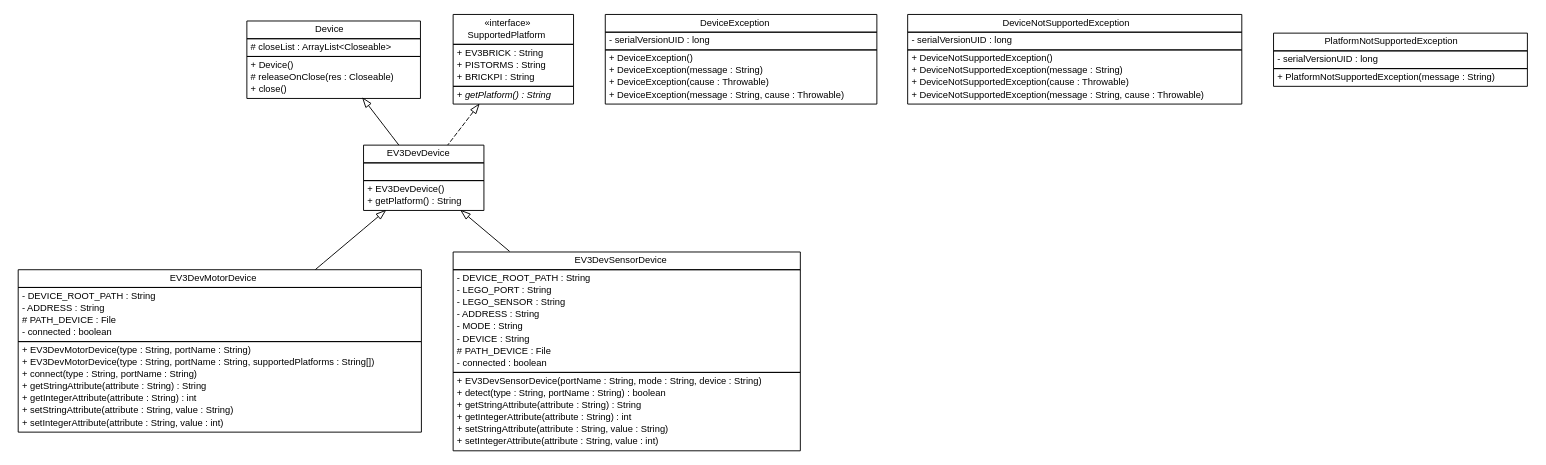
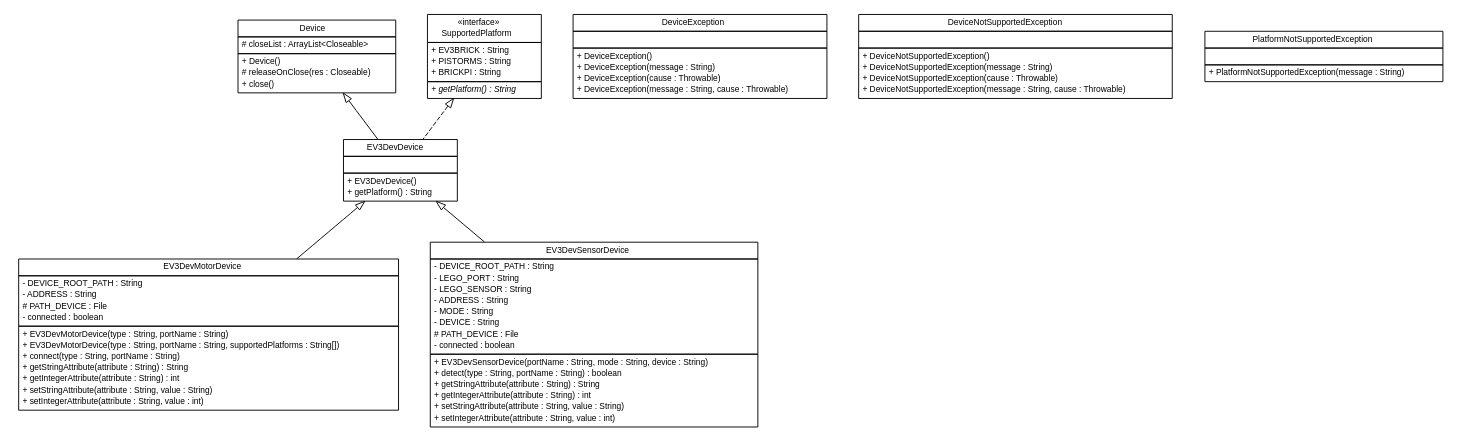
One commit to ev3dev-lang-java/ev3dev-lang-java changed the diagram in docs/api/ev3dev/hardware/ev3dev.hardware.dot. Above: the diagram before and after it, drawn with Graphviz. The commit also changed 413 other files, not shown here.

```diff
--- a/docs/api/ev3dev/hardware/ev3dev.hardware.dot
+++ b/docs/api/ev3dev/hardware/ev3dev.hardware.dot
@@ -1,149 +1,149 @@
 #!/usr/local/bin/dot
 #
 # Class diagram 
 # Generated by UMLGraph version R5_6-24-gf6e263 (http://www.umlgraph.org/)
 #
 
 digraph G {
 	edge [fontname="Helvetica",fontsize=10,labelfontname="Helvetica",labelfontsize=10];
 	node [fontname="Helvetica",fontsize=10,shape=plaintext];
 	nodesep=0.25;
 	ranksep=0.5;
 	// ev3dev.hardware.Device
 	c0 [label=<<table title="ev3dev.hardware.Device" border="0" cellborder="1" cellspacing="0" cellpadding="2" port="p" href="./Device.html">
 		<tr><td><table border="0" cellspacing="0" cellpadding="1">
 <tr><td align="center" balign="center"> Device </td></tr>
 		</table></td></tr>
 		<tr><td><table border="0" cellspacing="0" cellpadding="1">
 <tr><td align="left" balign="left"> # closeList : ArrayList&lt;Closeable&gt; </td></tr>
 		</table></td></tr>
 		<tr><td><table border="0" cellspacing="0" cellpadding="1">
 <tr><td align="left" balign="left"> + Device() </td></tr>
 <tr><td align="left" balign="left"> # releaseOnClose(res : Closeable) </td></tr>
 <tr><td align="left" balign="left"> + close() </td></tr>
 		</table></td></tr>
-		</table>>, URL="./Device.html", fontname="Helvetica", fontcolor="black", fontsize=10.0];
+		</table>>, URL="./Device.html", fontname="Helvetica", fontcolor="black", fontsize=9.0];
 	// ev3dev.hardware.DeviceException
 	c1 [label=<<table title="ev3dev.hardware.DeviceException" border="0" cellborder="1" cellspacing="0" cellpadding="2" port="p" href="./DeviceException.html">
 		<tr><td><table border="0" cellspacing="0" cellpadding="1">
 <tr><td align="center" balign="center"> DeviceException </td></tr>
 		</table></td></tr>
 		<tr><td><table border="0" cellspacing="0" cellpadding="1">
-<tr><td align="left" balign="left"> - serialVersionUID : long </td></tr>
+<tr><td align="left" balign="left">  </td></tr>
 		</table></td></tr>
 		<tr><td><table border="0" cellspacing="0" cellpadding="1">
 <tr><td align="left" balign="left"> + DeviceException() </td></tr>
 <tr><td align="left" balign="left"> + DeviceException(message : String) </td></tr>
 <tr><td align="left" balign="left"> + DeviceException(cause : Throwable) </td></tr>
 <tr><td align="left" balign="left"> + DeviceException(message : String, cause : Throwable) </td></tr>
 		</table></td></tr>
-		</table>>, URL="./DeviceException.html", fontname="Helvetica", fontcolor="black", fontsize=10.0];
+		</table>>, URL="./DeviceException.html", fontname="Helvetica", fontcolor="black", fontsize=9.0];
 	// ev3dev.hardware.DeviceNotSupportedException
 	c2 [label=<<table title="ev3dev.hardware.DeviceNotSupportedException" border="0" cellborder="1" cellspacing="0" cellpadding="2" port="p" href="./DeviceNotSupportedException.html">
 		<tr><td><table border="0" cellspacing="0" cellpadding="1">
 <tr><td align="center" balign="center"> DeviceNotSupportedException </td></tr>
 		</table></td></tr>
 		<tr><td><table border="0" cellspacing="0" cellpadding="1">
-<tr><td align="left" balign="left"> - serialVersionUID : long </td></tr>
+<tr><td align="left" balign="left">  </td></tr>
 		</table></td></tr>
 		<tr><td><table border="0" cellspacing="0" cellpadding="1">
 <tr><td align="left" balign="left"> + DeviceNotSupportedException() </td></tr>
 <tr><td align="left" balign="left"> + DeviceNotSupportedException(message : String) </td></tr>
 <tr><td align="left" balign="left"> + DeviceNotSupportedException(cause : Throwable) </td></tr>
 <tr><td align="left" balign="left"> + DeviceNotSupportedException(message : String, cause : Throwable) </td></tr>
 		</table></td></tr>
-		</table>>, URL="./DeviceNotSupportedException.html", fontname="Helvetica", fontcolor="black", fontsize=10.0];
+		</table>>, URL="./DeviceNotSupportedException.html", fontname="Helvetica", fontcolor="black", fontsize=9.0];
 	// ev3dev.hardware.EV3DevDevice
 	c3 [label=<<table title="ev3dev.hardware.EV3DevDevice" border="0" cellborder="1" cellspacing="0" cellpadding="2" port="p" href="./EV3DevDevice.html">
 		<tr><td><table border="0" cellspacing="0" cellpadding="1">
 <tr><td align="center" balign="center"> EV3DevDevice </td></tr>
 		</table></td></tr>
 		<tr><td><table border="0" cellspacing="0" cellpadding="1">
 <tr><td align="left" balign="left">  </td></tr>
 		</table></td></tr>
 		<tr><td><table border="0" cellspacing="0" cellpadding="1">
 <tr><td align="left" balign="left"> + EV3DevDevice() </td></tr>
 <tr><td align="left" balign="left"> + getPlatform() : String </td></tr>
 		</table></td></tr>
-		</table>>, URL="./EV3DevDevice.html", fontname="Helvetica", fontcolor="black", fontsize=10.0];
+		</table>>, URL="./EV3DevDevice.html", fontname="Helvetica", fontcolor="black", fontsize=9.0];
 	// ev3dev.hardware.EV3DevMotorDevice
 	c4 [label=<<table title="ev3dev.hardware.EV3DevMotorDevice" border="0" cellborder="1" cellspacing="0" cellpadding="2" port="p" href="./EV3DevMotorDevice.html">
 		<tr><td><table border="0" cellspacing="0" cellpadding="1">
 <tr><td align="center" balign="center"> EV3DevMotorDevice </td></tr>
 		</table></td></tr>
 		<tr><td><table border="0" cellspacing="0" cellpadding="1">
 <tr><td align="left" balign="left"> - DEVICE_ROOT_PATH : String </td></tr>
 <tr><td align="left" balign="left"> - ADDRESS : String </td></tr>
 <tr><td align="left" balign="left"> # PATH_DEVICE : File </td></tr>
 <tr><td align="left" balign="left"> - connected : boolean </td></tr>
 		</table></td></tr>
 		<tr><td><table border="0" cellspacing="0" cellpadding="1">
 <tr><td align="left" balign="left"> + EV3DevMotorDevice(type : String, portName : String) </td></tr>
 <tr><td align="left" balign="left"> + EV3DevMotorDevice(type : String, portName : String, supportedPlatforms : String[]) </td></tr>
 <tr><td align="left" balign="left"> + connect(type : String, portName : String) </td></tr>
 <tr><td align="left" balign="left"> + getStringAttribute(attribute : String) : String </td></tr>
 <tr><td align="left" balign="left"> + getIntegerAttribute(attribute : String) : int </td></tr>
 <tr><td align="left" balign="left"> + setStringAttribute(attribute : String, value : String) </td></tr>
 <tr><td align="left" balign="left"> + setIntegerAttribute(attribute : String, value : int) </td></tr>
 		</table></td></tr>
-		</table>>, URL="./EV3DevMotorDevice.html", fontname="Helvetica", fontcolor="black", fontsize=10.0];
+		</table>>, URL="./EV3DevMotorDevice.html", fontname="Helvetica", fontcolor="black", fontsize=9.0];
 	// ev3dev.hardware.EV3DevSensorDevice
 	c5 [label=<<table title="ev3dev.hardware.EV3DevSensorDevice" border="0" cellborder="1" cellspacing="0" cellpadding="2" port="p" href="./EV3DevSensorDevice.html">
 		<tr><td><table border="0" cellspacing="0" cellpadding="1">
 <tr><td align="center" balign="center"> EV3DevSensorDevice </td></tr>
 		</table></td></tr>
 		<tr><td><table border="0" cellspacing="0" cellpadding="1">
 <tr><td align="left" balign="left"> - DEVICE_ROOT_PATH : String </td></tr>
 <tr><td align="left" balign="left"> - LEGO_PORT : String </td></tr>
 <tr><td align="left" balign="left"> - LEGO_SENSOR : String </td></tr>
 <tr><td align="left" balign="left"> - ADDRESS : String </td></tr>
 <tr><td align="left" balign="left"> - MODE : String </td></tr>
 <tr><td align="left" balign="left"> - DEVICE : String </td></tr>
 <tr><td align="left" balign="left"> # PATH_DEVICE : File </td></tr>
 <tr><td align="left" balign="left"> - connected : boolean </td></tr>
 		</table></td></tr>
 		<tr><td><table border="0" cellspacing="0" cellpadding="1">
 <tr><td align="left" balign="left"> + EV3DevSensorDevice(portName : String, mode : String, device : String) </td></tr>
 <tr><td align="left" balign="left"> + detect(type : String, portName : String) : boolean </td></tr>
 <tr><td align="left" balign="left"> + getStringAttribute(attribute : String) : String </td></tr>
 <tr><td align="left" balign="left"> + getIntegerAttribute(attribute : String) : int </td></tr>
 <tr><td align="left" balign="left"> + setStringAttribute(attribute : String, value : String) </td></tr>
 <tr><td align="left" balign="left"> + setIntegerAttribute(attribute : String, value : int) </td></tr>
 		</table></td></tr>
-		</table>>, URL="./EV3DevSensorDevice.html", fontname="Helvetica", fontcolor="black", fontsize=10.0];
+		</table>>, URL="./EV3DevSensorDevice.html", fontname="Helvetica", fontcolor="black", fontsize=9.0];
 	// ev3dev.hardware.PlatformNotSupportedException
 	c6 [label=<<table title="ev3dev.hardware.PlatformNotSupportedException" border="0" cellborder="1" cellspacing="0" cellpadding="2" port="p" href="./PlatformNotSupportedException.html">
 		<tr><td><table border="0" cellspacing="0" cellpadding="1">
 <tr><td align="center" balign="center"> PlatformNotSupportedException </td></tr>
 		</table></td></tr>
 		<tr><td><table border="0" cellspacing="0" cellpadding="1">
-<tr><td align="left" balign="left"> - serialVersionUID : long </td></tr>
+<tr><td align="left" balign="left">  </td></tr>
 		</table></td></tr>
 		<tr><td><table border="0" cellspacing="0" cellpadding="1">
 <tr><td align="left" balign="left"> + PlatformNotSupportedException(message : String) </td></tr>
 		</table></td></tr>
-		</table>>, URL="./PlatformNotSupportedException.html", fontname="Helvetica", fontcolor="black", fontsize=10.0];
+		</table>>, URL="./PlatformNotSupportedException.html", fontname="Helvetica", fontcolor="black", fontsize=9.0];
 	// ev3dev.hardware.SupportedPlatform
 	c7 [label=<<table title="ev3dev.hardware.SupportedPlatform" border="0" cellborder="1" cellspacing="0" cellpadding="2" port="p" href="./SupportedPlatform.html">
 		<tr><td><table border="0" cellspacing="0" cellpadding="1">
 <tr><td align="center" balign="center"> &#171;interface&#187; </td></tr>
 <tr><td align="center" balign="center"> SupportedPlatform </td></tr>
 		</table></td></tr>
 		<tr><td><table border="0" cellspacing="0" cellpadding="1">
 <tr><td align="left" balign="left"> + EV3BRICK : String </td></tr>
 <tr><td align="left" balign="left"> + PISTORMS : String </td></tr>
 <tr><td align="left" balign="left"> + BRICKPI : String </td></tr>
 		</table></td></tr>
 		<tr><td><table border="0" cellspacing="0" cellpadding="1">
-<tr><td align="left" balign="left"><font face="Helvetica-Oblique" point-size="10.0"> + getPlatform() : String </font></td></tr>
+<tr><td align="left" balign="left"><font face="Helvetica-Oblique" point-size="9.0"> + getPlatform() : String </font></td></tr>
 		</table></td></tr>
-		</table>>, URL="./SupportedPlatform.html", fontname="Helvetica", fontcolor="black", fontsize=10.0];
+		</table>>, URL="./SupportedPlatform.html", fontname="Helvetica", fontcolor="black", fontsize=9.0];
 	//ev3dev.hardware.EV3DevDevice extends ev3dev.hardware.Device
 	c0:p -> c3:p [dir=back,arrowtail=empty];
 	//ev3dev.hardware.EV3DevDevice implements ev3dev.hardware.SupportedPlatform
 	c7:p -> c3:p [dir=back,arrowtail=empty,style=dashed];
 	//ev3dev.hardware.EV3DevMotorDevice extends ev3dev.hardware.EV3DevDevice
 	c3:p -> c4:p [dir=back,arrowtail=empty];
 	//ev3dev.hardware.EV3DevSensorDevice extends ev3dev.hardware.EV3DevDevice
 	c3:p -> c5:p [dir=back,arrowtail=empty];
 }
```
